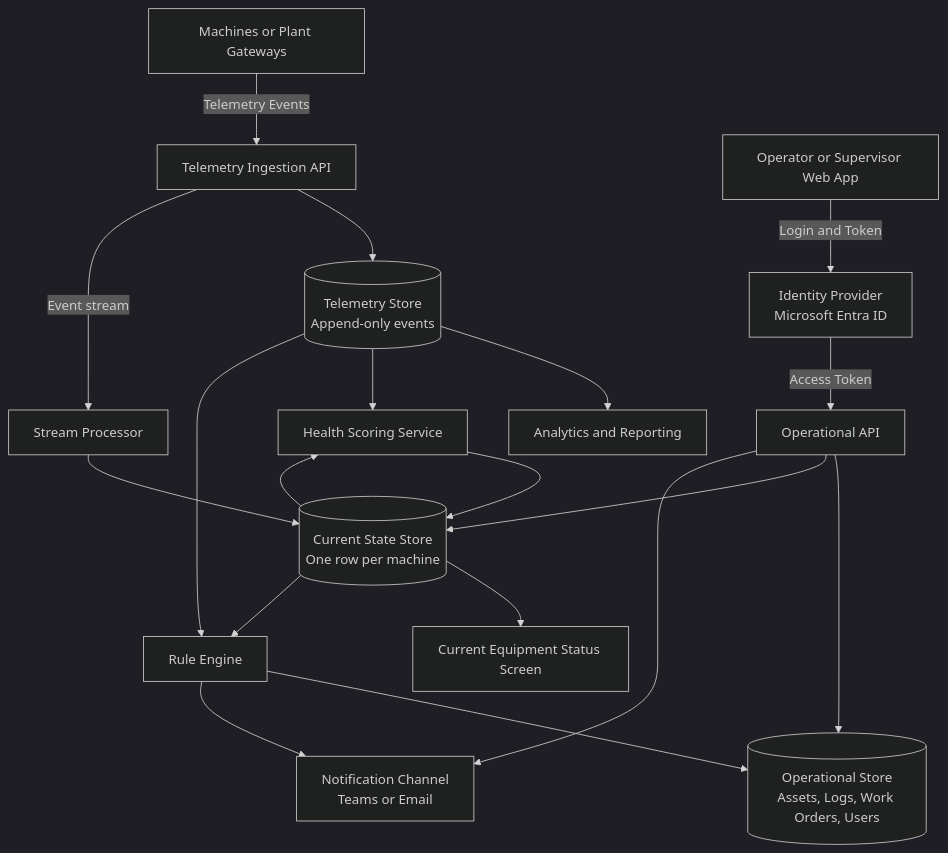
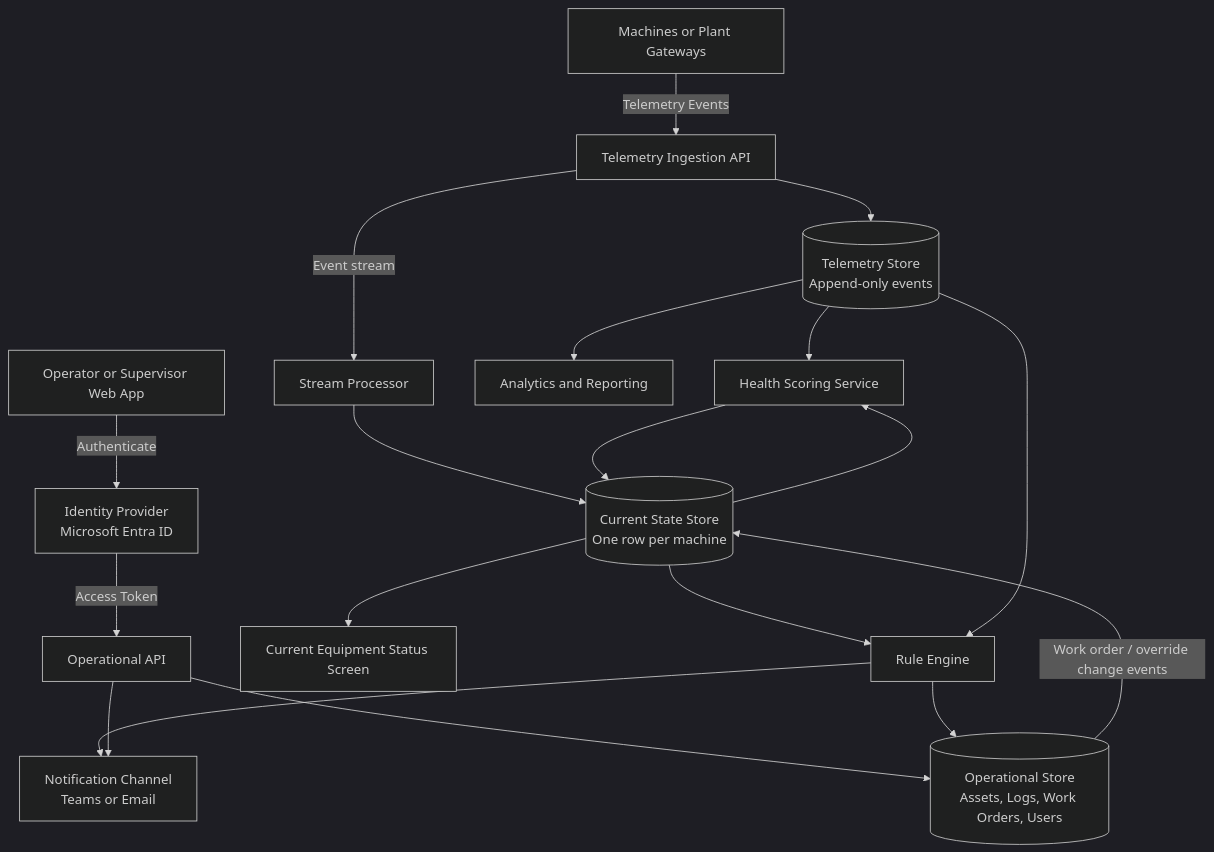
The diagram in report/_architecture_overview.qmd (jim-franklin/intelbyte), drawn with Mermaid (dark theme) before and after one commit. The commit also changed 129 other files, not shown here.

````diff
--- a/report/_architecture_overview.qmd
+++ b/report/_architecture_overview.qmd
@@ -6,33 +6,35 @@
 ```{mermaid}
 %%| fig-cap: "System architecture and data flow"
 %%| label: fig-architecture
 %%| fig-align: center
 %%| fig-width: 7
 %%| fig-height: 6
 
 flowchart TB
   A[Machines or Plant Gateways] -->|Telemetry Events| B[Telemetry Ingestion API]
   B --> C[(Telemetry Store<br/>Append-only events)]
   B -->|Event stream| D[Stream Processor]
   D --> E[(Current State Store<br/>One row per machine)]
 
-  F[Operator or Supervisor Web App] -->|Login and Token| M[Identity Provider<br/>Microsoft Entra ID]
+  F[Operator or Supervisor Web App] -->|Authenticate| M[Identity Provider<br/>Microsoft Entra ID]
   M -->|Access Token| G[Operational API]
 
   G --> H[(Operational Store<br/>Assets, Logs, Work Orders, Users)]
-  G --> E
+
+  %% CHANGED: Operational Store now feeds Current State
+  H -->|Work order / override change events| E
 
   E --> I[Current Equipment Status Screen]
   C --> J[Analytics and Reporting]
 
   E --> K[Health Scoring Service]
   C --> K
   K --> E
 
   E --> L[Rule Engine]
   C --> L
   L --> H
 
   L --> N[Notification Channel<br/>Teams or Email]
   G --> N
 ```
````
